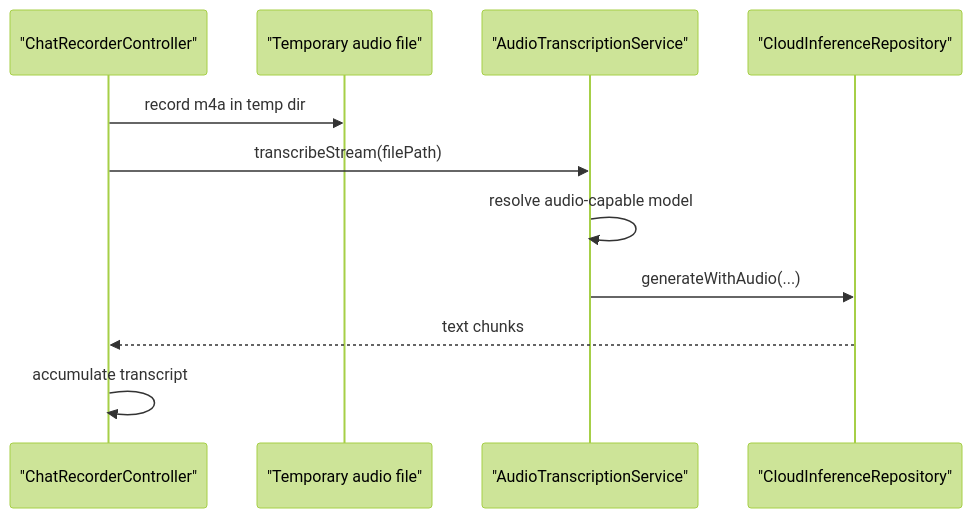
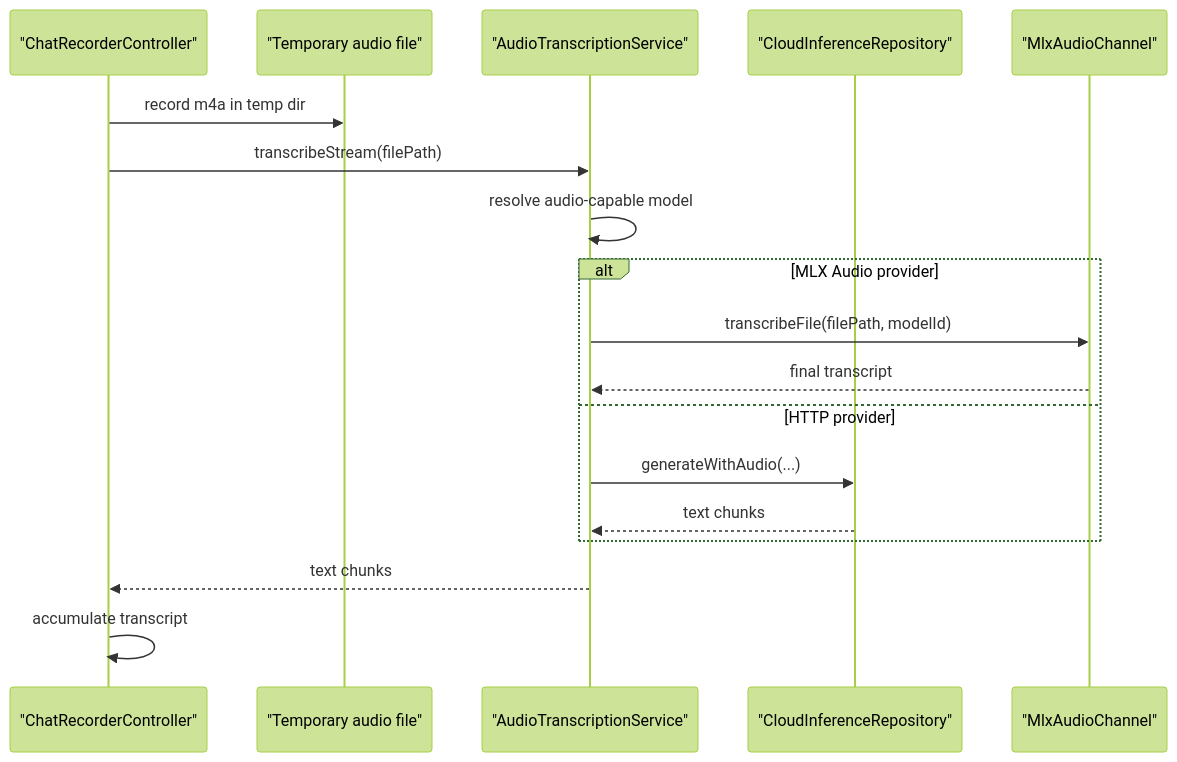
The fifth of 6 diagrams in lib/features/ai_chat/README.md (matthiasn/lotti), drawn with Mermaid (forest theme) before and after one commit. The commit also changed other lines of this file and 98 other files, not shown here.

Commit message:
feat: add mlx audio

````diff
--- a/lib/features/ai_chat/README.md
+++ b/lib/features/ai_chat/README.md
@@ -267,14 +272,21 @@
 ```mermaid
 sequenceDiagram
   participant UI as "ChatRecorderController"
   participant File as "Temporary audio file"
   participant Batch as "AudioTranscriptionService"
   participant Cloud as "CloudInferenceRepository"
+  participant MLX as "MlxAudioChannel"
 
   UI->>File: record m4a in temp dir
   UI->>Batch: transcribeStream(filePath)
   Batch->>Batch: resolve audio-capable model
-  Batch->>Cloud: generateWithAudio(...)
-  Cloud-->>UI: text chunks
+  alt MLX Audio provider
+    Batch->>MLX: transcribeFile(filePath, modelId)
+    MLX-->>Batch: final transcript
+  else HTTP provider
+    Batch->>Cloud: generateWithAudio(...)
+    Cloud-->>Batch: text chunks
+  end
+  Batch-->>UI: text chunks
   UI->>UI: accumulate transcript
 ```
````
